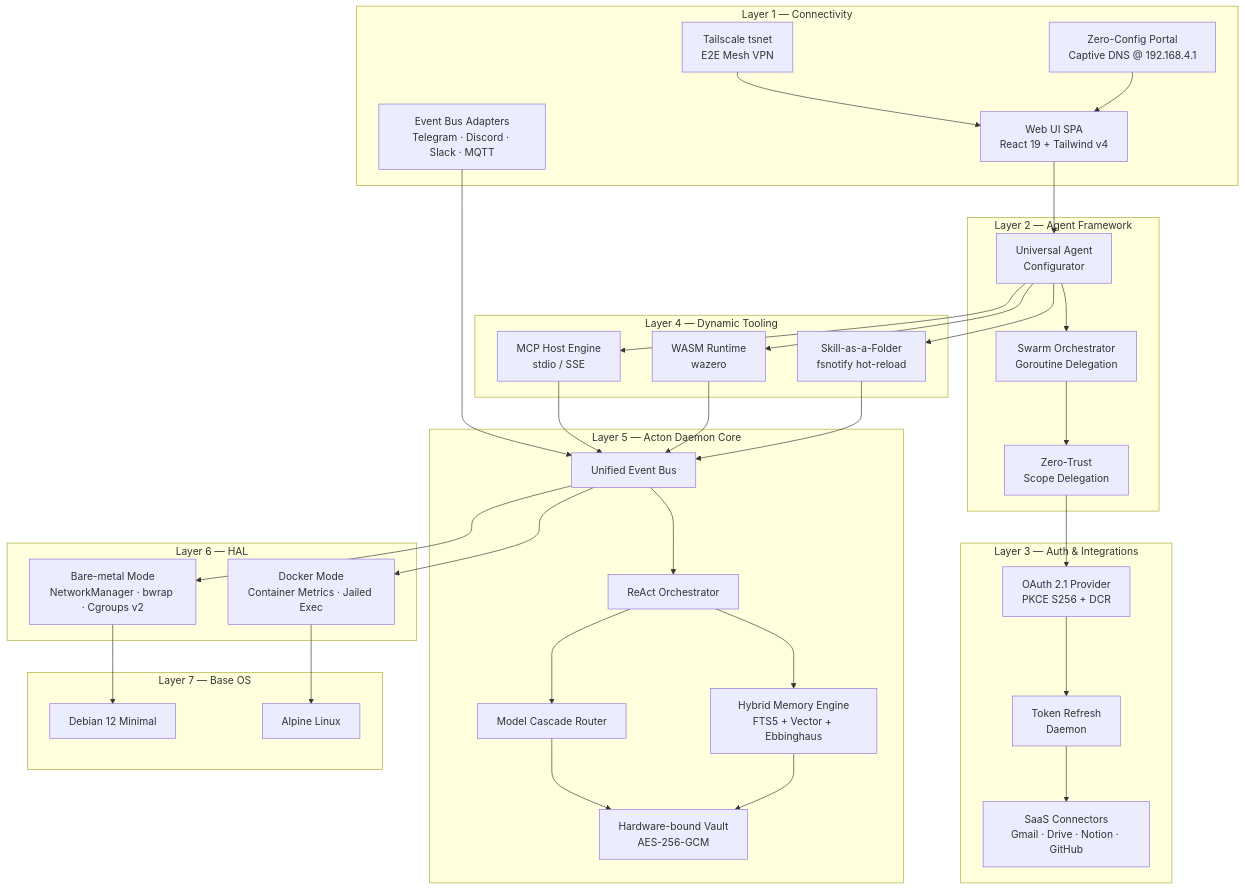
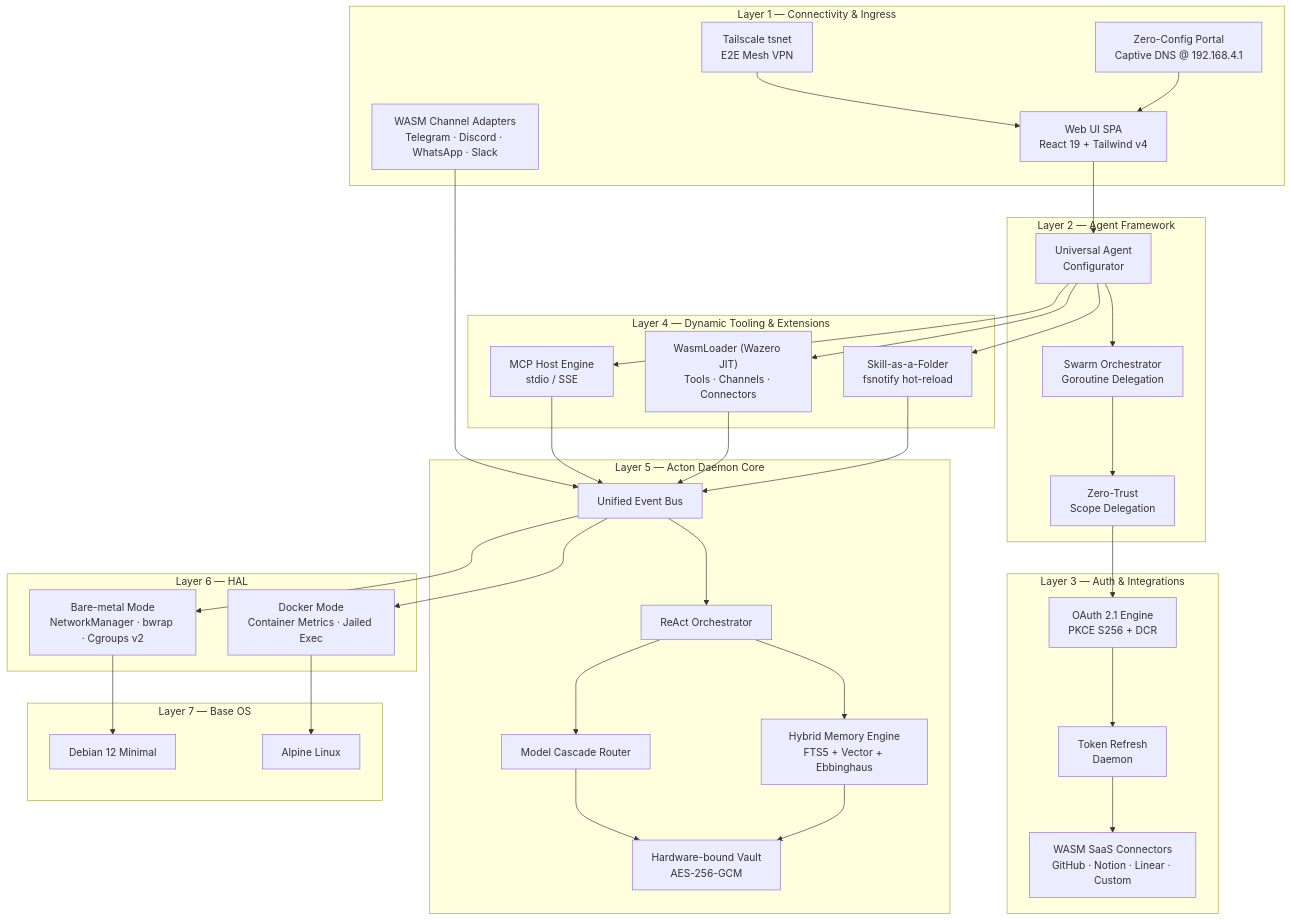
Before and after one commit to actonos/actonos: the diagram in README.md, drawn with Mermaid. The commit also changed other lines of this file and 10 other files, not shown here.

````diff
--- a/README.md
+++ b/README.md
@@ -39,70 +40,70 @@
 ```mermaid
 graph TB
-    subgraph "Layer 1 — Connectivity"
+    subgraph "Layer 1 — Connectivity & Ingress"
         TSNET["Tailscale tsnet<br/>E2E Mesh VPN"]
         WEBUI["Web UI SPA<br/>React 19 + Tailwind v4"]
-        EVENTS["Event Bus Adapters<br/>Telegram · Discord · Slack · MQTT"]
+        CHANNELS["WASM Channel Adapters<br/>Telegram · Discord · WhatsApp · Slack"]
         PORTAL["Zero-Config Portal<br/>Captive DNS @ 192.168.4.1"]
     end
 
     subgraph "Layer 2 — Agent Framework"
         CONFIGURATOR["Universal Agent<br/>Configurator"]
         SWARM["Swarm Orchestrator<br/>Goroutine Delegation"]
         DELEGATION["Zero-Trust<br/>Scope Delegation"]
     end
 
     subgraph "Layer 3 — Auth & Integrations"
-        OAUTH["OAuth 2.1 Provider<br/>PKCE S256 + DCR"]
+        OAUTH["OAuth 2.1 Engine<br/>PKCE S256 + DCR"]
         REFRESH["Token Refresh<br/>Daemon"]
-        SAAS["SaaS Connectors<br/>Gmail · Drive · Notion · GitHub"]
+        CONNECTORS["WASM SaaS Connectors<br/>GitHub · Notion · Linear · Custom"]
     end
 
-    subgraph "Layer 4 — Dynamic Tooling"
+    subgraph "Layer 4 — Dynamic Tooling & Extensions"
         MCP["MCP Host Engine<br/>stdio / SSE"]
-        WASM["WASM Runtime<br/>wazero"]
+        WASM["WasmLoader (Wazero JIT)<br/>Tools · Channels · Connectors"]
         SKILLS["Skill-as-a-Folder<br/>fsnotify hot-reload"]
     end
 
     subgraph "Layer 5 — Acton Daemon Core"
         BUS["Unified Event Bus"]
         REACT_LOOP["ReAct Orchestrator"]
         CASCADE["Model Cascade Router"]
         MEMORY["Hybrid Memory Engine<br/>FTS5 + Vector + Ebbinghaus"]
         VAULT["Hardware-bound Vault<br/>AES-256-GCM"]
     end
 
     subgraph "Layer 6 — HAL"
         BARE["Bare-metal Mode<br/>NetworkManager · bwrap · Cgroups v2"]
         DOCKER["Docker Mode<br/>Container Metrics · Jailed Exec"]
     end
 
     subgraph "Layer 7 — Base OS"
         DEBIAN["Debian 12 Minimal"]
         ALPINE["Alpine Linux"]
     end
 
     WEBUI --> CONFIGURATOR
-    EVENTS --> BUS
+    CHANNELS --> BUS
     TSNET --> WEBUI
     PORTAL --> WEBUI
     CONFIGURATOR --> SWARM
     SWARM --> DELEGATION
     DELEGATION --> OAUTH
     OAUTH --> REFRESH
-    REFRESH --> SAAS
+    REFRESH --> CONNECTORS
     CONFIGURATOR --> MCP
     CONFIGURATOR --> WASM
     CONFIGURATOR --> SKILLS
     MCP --> BUS
     WASM --> BUS
     SKILLS --> BUS
     BUS --> REACT_LOOP
     REACT_LOOP --> CASCADE
     REACT_LOOP --> MEMORY
     CASCADE --> VAULT
     MEMORY --> VAULT
     BARE --> DEBIAN
     DOCKER --> ALPINE
     BUS --> BARE
     BUS --> DOCKER
 ```
````
